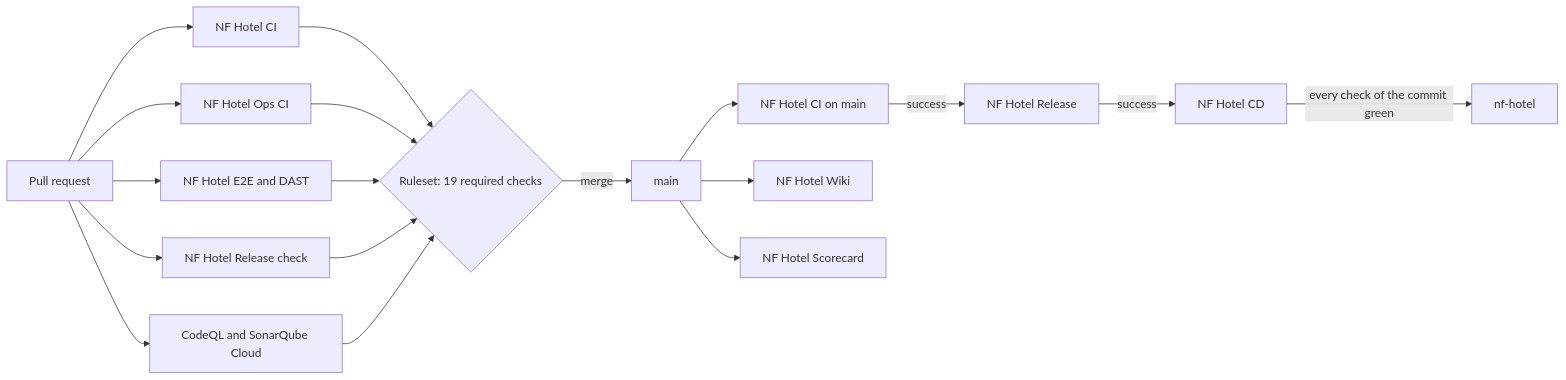
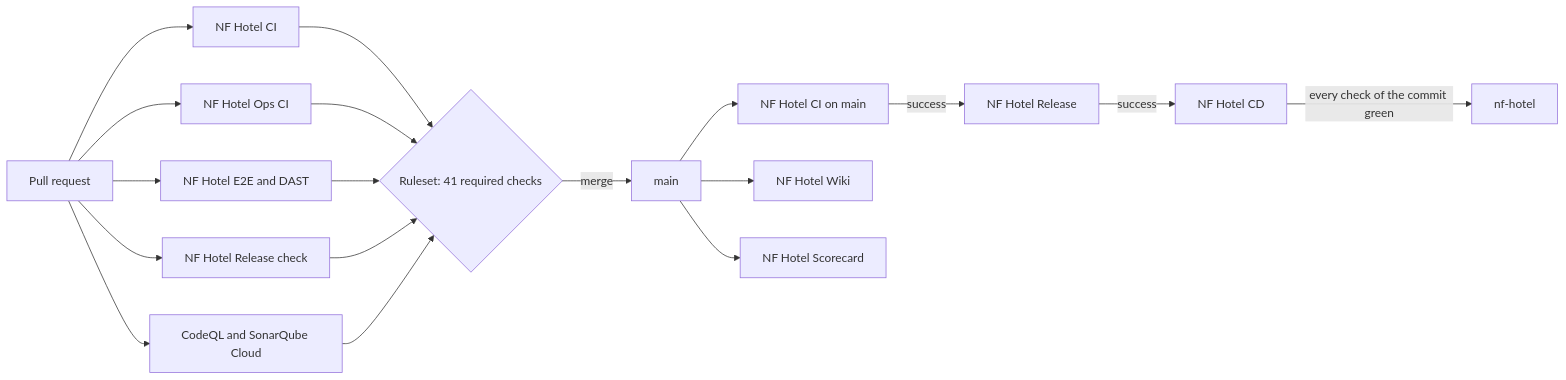
The diagram in docs/wiki/Workflows.md (NF-Hotel/NFHotel), drawn with Mermaid before and after one commit. The commit also changed other lines of this file and 1 other file, not shown here.

First line of the commit message:
Wiki: the ruleset requires 41 checks, not 19 (RC-281 action item)

````diff
--- a/docs/wiki/Workflows.md
+++ b/docs/wiki/Workflows.md
@@ -9,16 +9,16 @@
 ```mermaid
 flowchart LR
   PR[Pull request] --> CI[NF Hotel CI]
   PR --> OPS[NF Hotel Ops CI]
   PR --> E2E[NF Hotel E2E and DAST]
   PR --> RCHK[NF Hotel Release check]
   PR --> APPS[CodeQL and SonarQube Cloud]
-  CI & OPS & E2E & RCHK & APPS --> RULES{Ruleset: 19 required checks}
+  CI & OPS & E2E & RCHK & APPS --> RULES{Ruleset: 41 required checks}
   RULES -->|merge| MAIN[main]
   MAIN --> CI2[NF Hotel CI on main]
   CI2 -->|success| REL[NF Hotel Release]
   REL -->|success| CD[NF Hotel CD]
   CD -->|every check of the commit green| VM[nf-hotel]
   MAIN --> WIKI[NF Hotel Wiki]
   MAIN --> SC[NF Hotel Scorecard]
 ```
````
